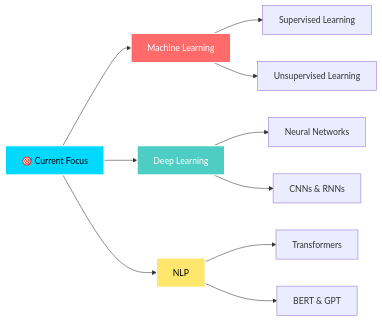
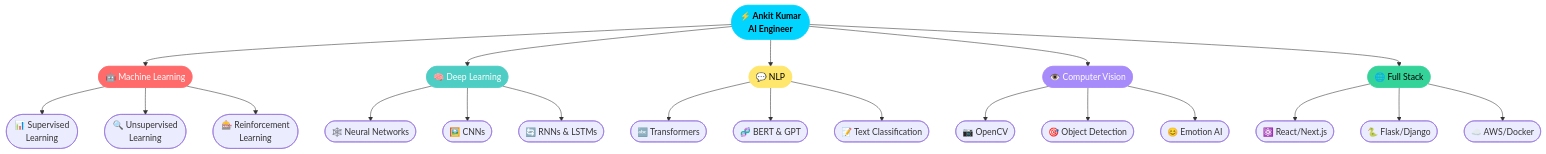
The diagram in README.md (eddiebrock911/eddiebrock911), drawn with Mermaid before and after one commit. The commit also changed other lines of this file, not shown here.

````diff
--- a/README.md
+++ b/README.md
@@ -213,17 +352,37 @@
 ```mermaid
-graph LR
-    A[🎯 Current Focus] --> B[Machine Learning]
-    A --> C[Deep Learning]
-    A --> D[NLP]
-    B --> E[Supervised Learning]
-    B --> F[Unsupervised Learning]
-    C --> G[Neural Networks]
-    C --> H[CNNs & RNNs]
-    D --> I[Transformers]
-    D --> J[BERT & GPT]
-    
-    style A fill:#00D9FF,stroke:#fff,stroke-width:2px,color:#000
-    style B fill:#FF6B6B,stroke:#fff,stroke-width:2px,color:#fff
-    style C fill:#4ECDC4,stroke:#fff,stroke-width:2px,color:#fff
-    style D fill:#FFE66D,stroke:#fff,stroke-width:2px,color:#000
+graph TD
+    ROOT(["⚡ Ankit Kumar\nAI Engineer"])
+
+    ROOT --> ML(["🤖 Machine Learning"])
+    ROOT --> DL(["🧠 Deep Learning"])
+    ROOT --> NLP(["💬 NLP"])
+    ROOT --> CV(["👁️ Computer Vision"])
+    ROOT --> WEB(["🌐 Full Stack"])
+
+    ML --> ML1(["📊 Supervised\nLearning"])
+    ML --> ML2(["🔍 Unsupervised\nLearning"])
+    ML --> ML3(["🎰 Reinforcement\nLearning"])
+
+    DL --> DL1(["🕸️ Neural Networks"])
+    DL --> DL2(["🖼️ CNNs"])
+    DL --> DL3(["🔄 RNNs & LSTMs"])
+
+    NLP --> NLP1(["🔤 Transformers"])
+    NLP --> NLP2(["🧬 BERT & GPT"])
+    NLP --> NLP3(["📝 Text Classification"])
+
+    CV --> CV1(["📷 OpenCV"])
+    CV --> CV2(["🎯 Object Detection"])
+    CV --> CV3(["😊 Emotion AI"])
+
+    WEB --> WEB1(["⚛️ React/Next.js"])
+    WEB --> WEB2(["🐍 Flask/Django"])
+    WEB --> WEB3(["☁️ AWS/Docker"])
+
+    style ROOT fill:#00D4FF,stroke:#00D4FF,color:#000,font-weight:bold
+    style ML   fill:#FF6B6B,stroke:#FF6B6B,color:#fff
+    style DL   fill:#4ECDC4,stroke:#4ECDC4,color:#fff
+    style NLP  fill:#FFE66D,stroke:#FFE66D,color:#000
+    style CV   fill:#A78BFA,stroke:#A78BFA,color:#fff
+    style WEB  fill:#34D399,stroke:#34D399,color:#000
 ```
````
